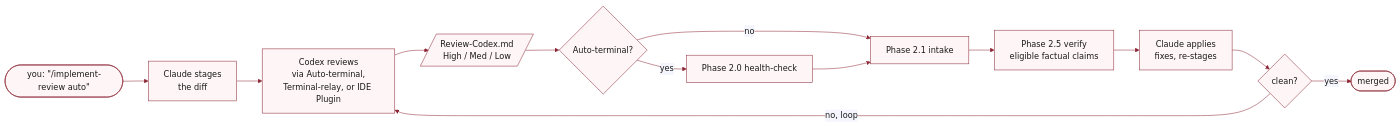
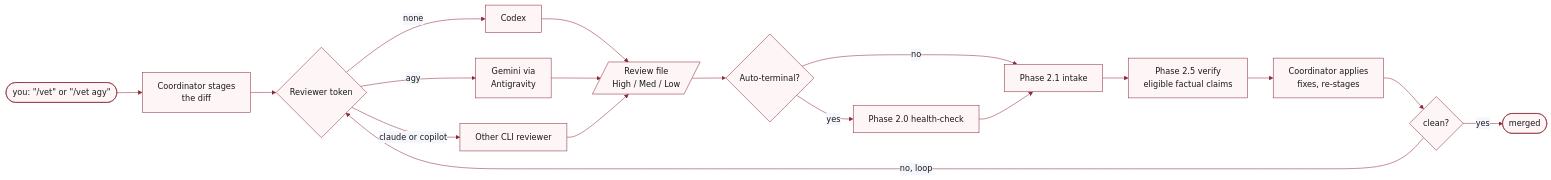
Before and after one commit to yzhao062/anywhere-agents: the diagram in docs/skills/implement-review.md, drawn with Mermaid. The commit also changed other lines of this file and 42 other files, not shown here.

Commit message:
feat: add Agy review and parallel routing

````diff
--- a/docs/skills/implement-review.md
+++ b/docs/skills/implement-review.md
@@ -5,16 +16,21 @@
 ```mermaid
 %%{init: {'theme': 'base', 'themeVariables': { 'primaryColor': '#fdf5f6', 'primaryBorderColor': '#8b2635', 'primaryTextColor': '#1a1a1a', 'lineColor': '#8b2635'}}}%%
 flowchart LR
-    A([you: &quot;/implement-review auto&quot;]) --> B[Claude stages<br/>the diff]
-    B --> C[Codex reviews<br/>via Auto-terminal,<br/>Terminal-relay, or IDE Plugin]
-    C --> D[/Review-Codex.md<br/>High / Med / Low/]
+    A([you: &quot;/vet&quot; or &quot;/vet agy&quot;]) --> B[Coordinator stages<br/>the diff]
+    B --> C{Reviewer token}
+    C -->|none| CX[Codex]
+    C -->|agy| AG[Gemini via<br/>Antigravity]
+    C -->|claude or copilot| OT[Other CLI reviewer]
+    CX --> D[/Review file<br/>High / Med / Low/]
+    AG --> D
+    OT --> D
     D --> H{Auto-terminal?}
     H -->|yes| I[Phase 2.0 health-check]
     H -->|no| J[Phase 2.1 intake]
     I --> J
     J --> K[Phase 2.5 verify<br/>eligible factual claims]
-    K --> E[Claude applies<br/>fixes, re-stages]
+    K --> E[Coordinator applies<br/>fixes, re-stages]
     E --> F{clean?}
     F -->|no, loop| C
     F -->|yes| G([merged])
 ```
````
